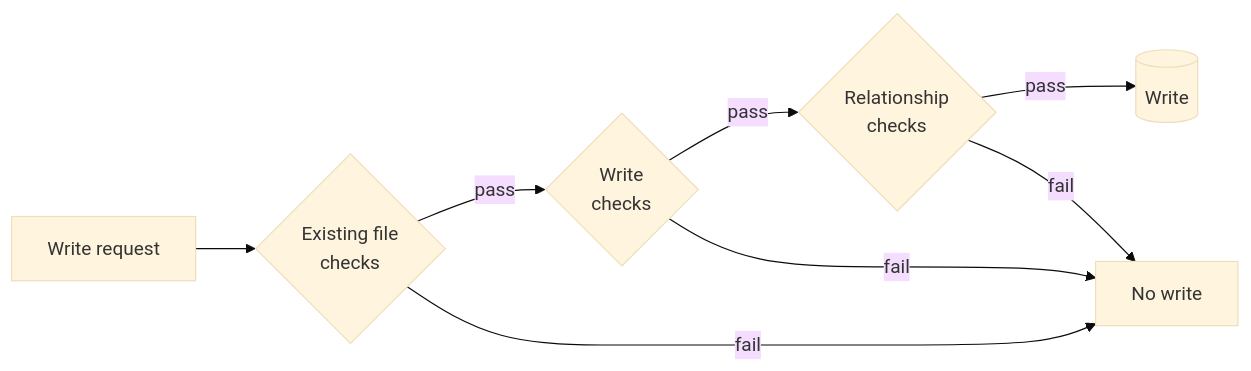
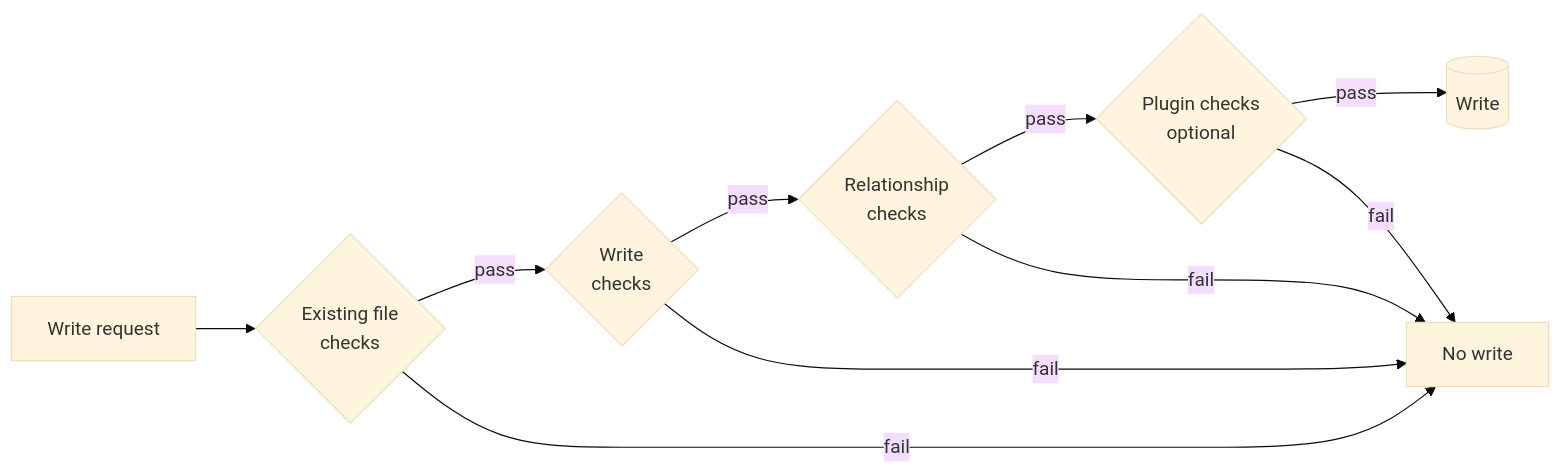
One commit to bristweb/yafidb changed the second of 2 diagrams in README.md. Above: the diagram before and after it, drawn with Mermaid (base theme). The commit also changed 1 other file, not shown here.

Commit message:
Add optional plugin check layers

````diff
--- a/README.md
+++ b/README.md
@@ -74,10 +74,12 @@
 ```mermaid
 flowchart LR
     R[Write request] --> E{Existing file<br/>checks}
     E -->|pass| W{Write<br/>checks}
     W -->|pass| L{Relationship<br/>checks}
-    L -->|pass| F[(Write)]
+    L -->|pass| P{Plugin checks<br/>optional}
+    P -->|pass| F[(Write)]
     E -->|fail| X[No write]
     W -->|fail| X
     L -->|fail| X
+    P -->|fail| X
 ```
````
